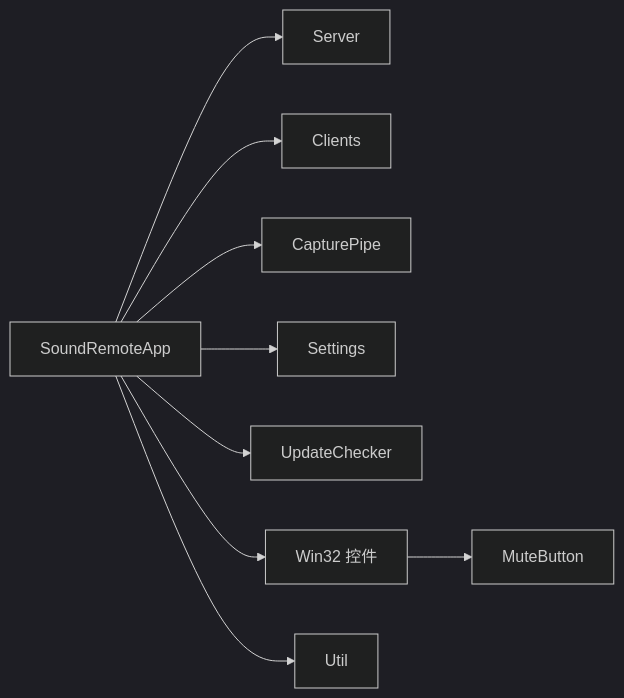
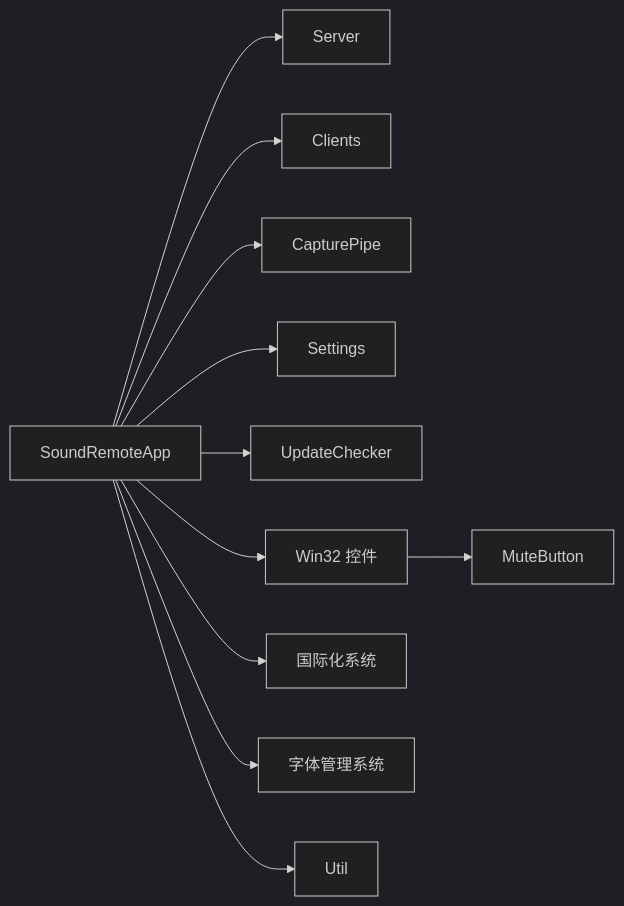
The tenth of 10 diagrams in .qoder/repowiki/zh/content/用户界面.md (tea4go/SoundRemote-WinServer), drawn with Mermaid (dark theme) before and after one commit. The commit also changed other lines of this file and 11 other files, not shown here.

````diff
--- a/.qoder/repowiki/zh/content/用户界面.md
+++ b/.qoder/repowiki/zh/content/用户界面.md
@@ -319,11 +427,13 @@
 ```mermaid
 graph LR
 App["SoundRemoteApp"] --> Srv["Server"]
 App --> Cls["Clients"]
 App --> Pipe["CapturePipe"]
 App --> Set["Settings"]
 App --> Upd["UpdateChecker"]
 App --> UI["Win32 控件"]
+App --> I18N["国际化系统"]
+App --> FontMgr["字体管理系统"]
 UI --> Mute["MuteButton"]
 App --> Util["Util"]
 ```
````
